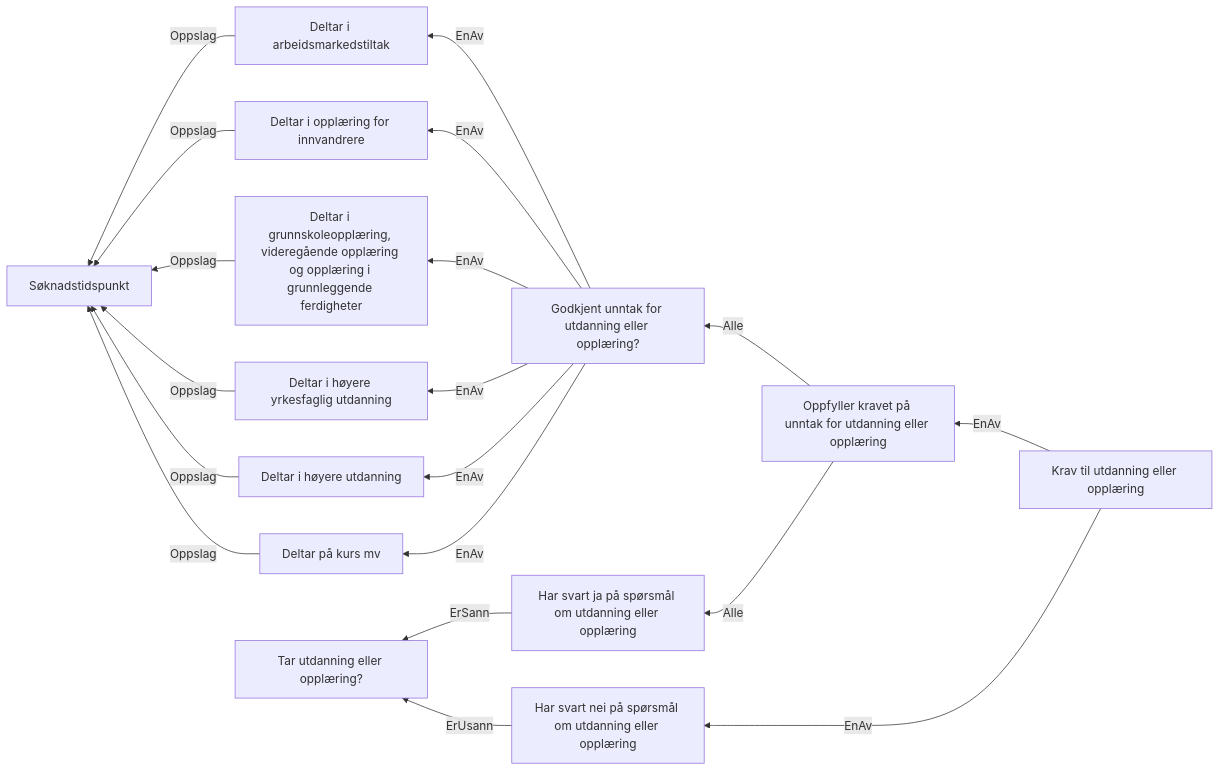
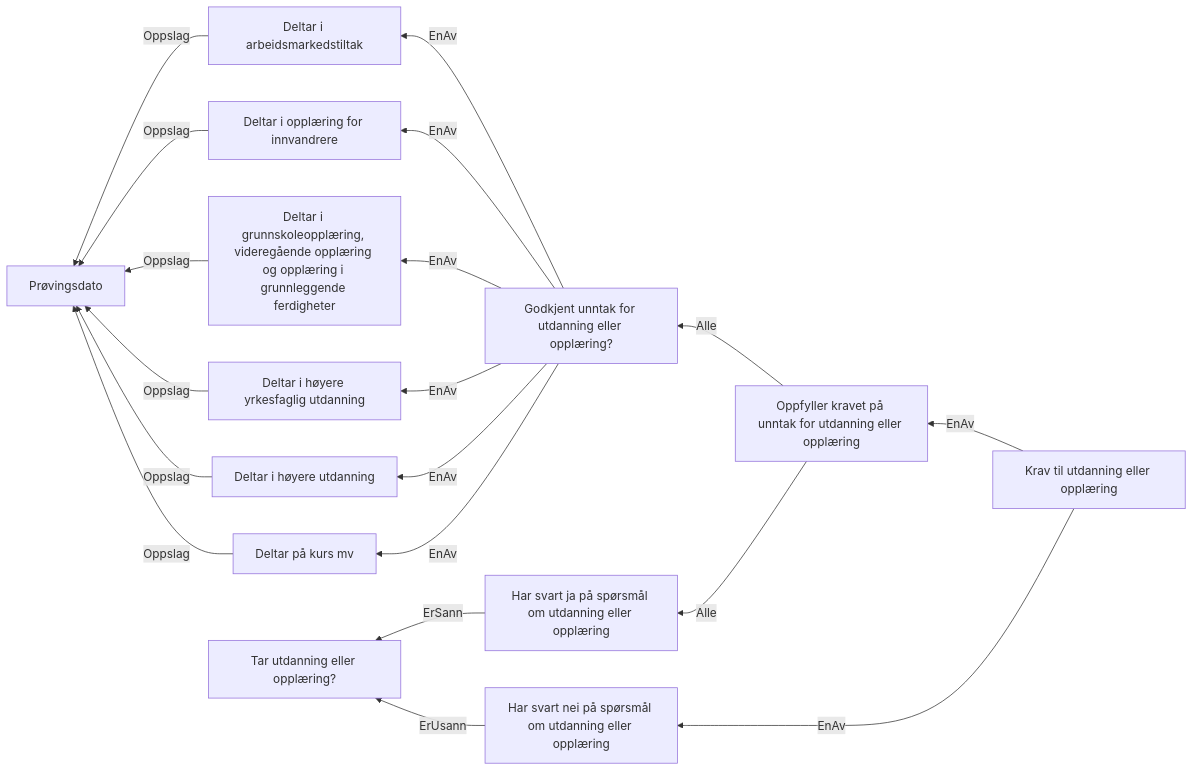
Before and after one commit to navikt/dp-vedtak: the diagram in docs/regler/§ 4-6 Utdanning - første og andre avsnitt.approved.md, drawn with Mermaid. The commit also changed 41 other files, not shown here.

Commit message:
Bytt ut søknadstidspunkt med prøvingsdato i reglene

````diff
--- a/docs/regler/§ 4-6 Utdanning - første og andre avsnitt.approved.md
+++ b/docs/regler/§ 4-6 Utdanning - første og andre avsnitt.approved.md
@@ -5,21 +5,21 @@
 ```mermaid
 graph RL
-  A["Deltar i arbeidsmarkedstiltak"] -->|"Oppslag"| B["Søknadstidspunkt"]
-  C["Deltar i opplæring for innvandrere"] -->|"Oppslag"| B["Søknadstidspunkt"]
-  D["Deltar i grunnskoleopplæring, videregående opplæring og opplæring i grunnleggende ferdigheter"] -->|"Oppslag"| B["Søknadstidspunkt"]
-  E["Deltar i høyere yrkesfaglig utdanning"] -->|"Oppslag"| B["Søknadstidspunkt"]
-  F["Deltar i høyere utdanning"] -->|"Oppslag"| B["Søknadstidspunkt"]
-  G["Deltar på kurs mv"] -->|"Oppslag"| B["Søknadstidspunkt"]
+  A["Deltar i arbeidsmarkedstiltak"] -->|"Oppslag"| B["Prøvingsdato"]
+  C["Deltar i opplæring for innvandrere"] -->|"Oppslag"| B["Prøvingsdato"]
+  D["Deltar i grunnskoleopplæring, videregående opplæring og opplæring i grunnleggende ferdigheter"] -->|"Oppslag"| B["Prøvingsdato"]
+  E["Deltar i høyere yrkesfaglig utdanning"] -->|"Oppslag"| B["Prøvingsdato"]
+  F["Deltar i høyere utdanning"] -->|"Oppslag"| B["Prøvingsdato"]
+  G["Deltar på kurs mv"] -->|"Oppslag"| B["Prøvingsdato"]
   H["Godkjent unntak for utdanning eller opplæring?"] -->|"EnAv"| A["Deltar i arbeidsmarkedstiltak"]
   H["Godkjent unntak for utdanning eller opplæring?"] -->|"EnAv"| C["Deltar i opplæring for innvandrere"]
   H["Godkjent unntak for utdanning eller opplæring?"] -->|"EnAv"| D["Deltar i grunnskoleopplæring, videregående opplæring og opplæring i grunnleggende ferdigheter"]
   H["Godkjent unntak for utdanning eller opplæring?"] -->|"EnAv"| E["Deltar i høyere yrkesfaglig utdanning"]
   H["Godkjent unntak for utdanning eller opplæring?"] -->|"EnAv"| F["Deltar i høyere utdanning"]
   H["Godkjent unntak for utdanning eller opplæring?"] -->|"EnAv"| G["Deltar på kurs mv"]
   I["Har svart ja på spørsmål om utdanning eller opplæring"] -->|"ErSann"| J["Tar utdanning eller opplæring?"]
   K["Har svart nei på spørsmål om utdanning eller opplæring"] -->|"ErUsann"| J["Tar utdanning eller opplæring?"]
   L["Oppfyller kravet på unntak for utdanning eller opplæring"] -->|"Alle"| I["Har svart ja på spørsmål om utdanning eller opplæring"]
   L["Oppfyller kravet på unntak for utdanning eller opplæring"] -->|"Alle"| H["Godkjent unntak for utdanning eller opplæring?"]
   M["Krav til utdanning eller opplæring"] -->|"EnAv"| L["Oppfyller kravet på unntak for utdanning eller opplæring"]
   M["Krav til utdanning eller opplæring"] -->|"EnAv"| K["Har svart nei på spørsmål om utdanning eller opplæring"]
 ```
````
